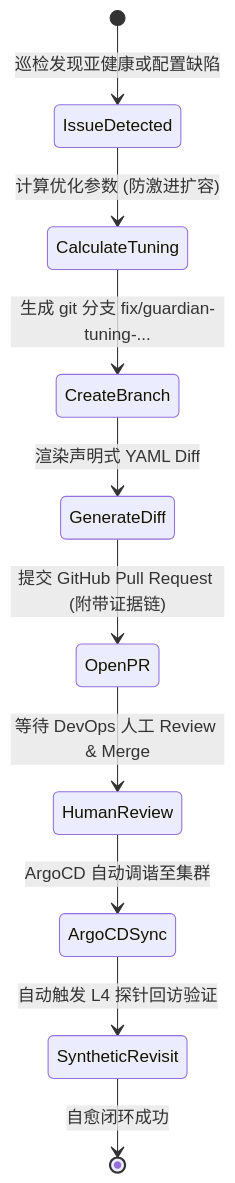
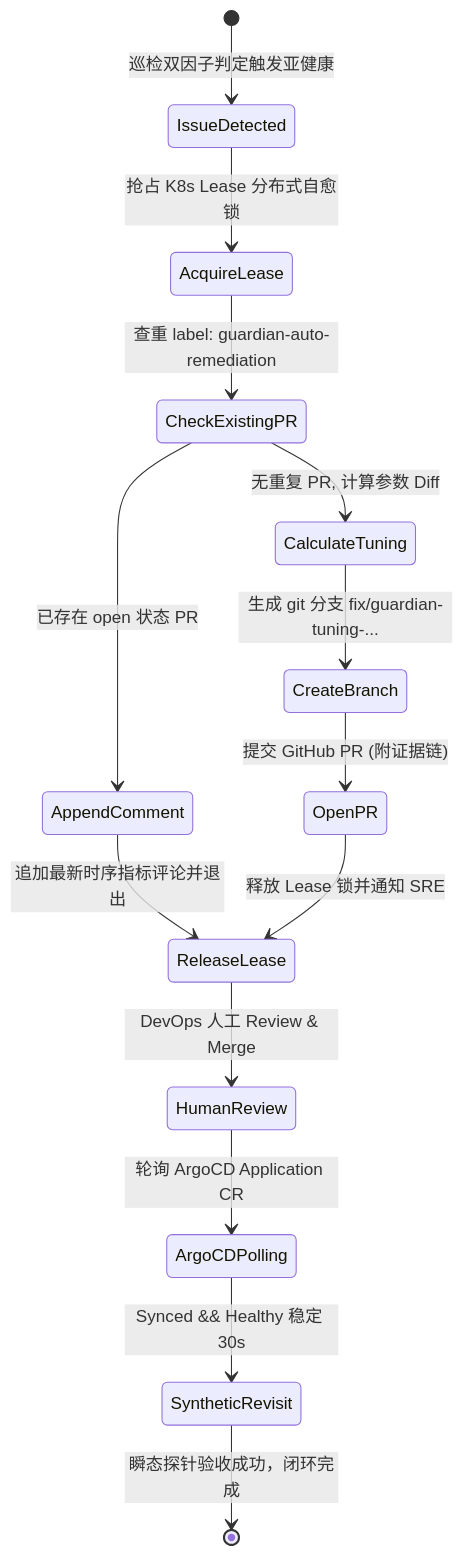
Before and after one commit to SDB-DevOps/KagentGuardian: the second of 4 diagrams in docs/design/03-OPERATIONS_GUARDIAN_LOW_LEVEL_DESIGN.md, drawn with Mermaid. The commit also changed other lines of this file and 2 other files, not shown here.

````diff
--- a/docs/design/03-OPERATIONS_GUARDIAN_LOW_LEVEL_DESIGN.md
+++ b/docs/design/03-OPERATIONS_GUARDIAN_LOW_LEVEL_DESIGN.md
@@ -172,12 +181,19 @@
 ```mermaid
 stateDiagram-v2
-    [*] --> IssueDetected: 巡检发现亚健康或配置缺陷
-    IssueDetected --> CalculateTuning: 计算优化参数 (防激进扩容)
+    [*] --> IssueDetected: 巡检双因子判定触发亚健康
+    IssueDetected --> AcquireLease: 抢占 K8s Lease 分布式自愈锁
+    AcquireLease --> CheckExistingPR: 查重 label: guardian-auto-remediation
+    
+    CheckExistingPR --> AppendComment: 已存在 open 状态 PR
+    AppendComment --> ReleaseLease: 追加最新时序指标评论并退出
+    
+    CheckExistingPR --> CalculateTuning: 无重复 PR, 计算参数 Diff
     CalculateTuning --> CreateBranch: 生成 git 分支 fix/guardian-tuning-...
-    CreateBranch --> GenerateDiff: 渲染声明式 YAML Diff
-    GenerateDiff --> OpenPR: 提交 GitHub Pull Request (附带证据链)
-    OpenPR --> HumanReview: 等待 DevOps 人工 Review & Merge
-    HumanReview --> ArgoCDSync: ArgoCD 自动调谐至集群
-    ArgoCDSync --> SyntheticRevisit: 自动触发 L4 探针回访验证
-    SyntheticRevisit --> [*]: 自愈闭环成功
+    CreateBranch --> OpenPR: 提交 GitHub PR (附证据链)
+    OpenPR --> ReleaseLease: 释放 Lease 锁并通知 SRE
+    
+    ReleaseLease --> HumanReview: DevOps 人工 Review & Merge
+    HumanReview --> ArgoCDPolling: 轮询 ArgoCD Application CR
+    ArgoCDPolling --> SyntheticRevisit: Synced && Healthy 稳定 30s
+    SyntheticRevisit --> [*]: 瞬态探针验收成功，闭环完成
 ```
````
